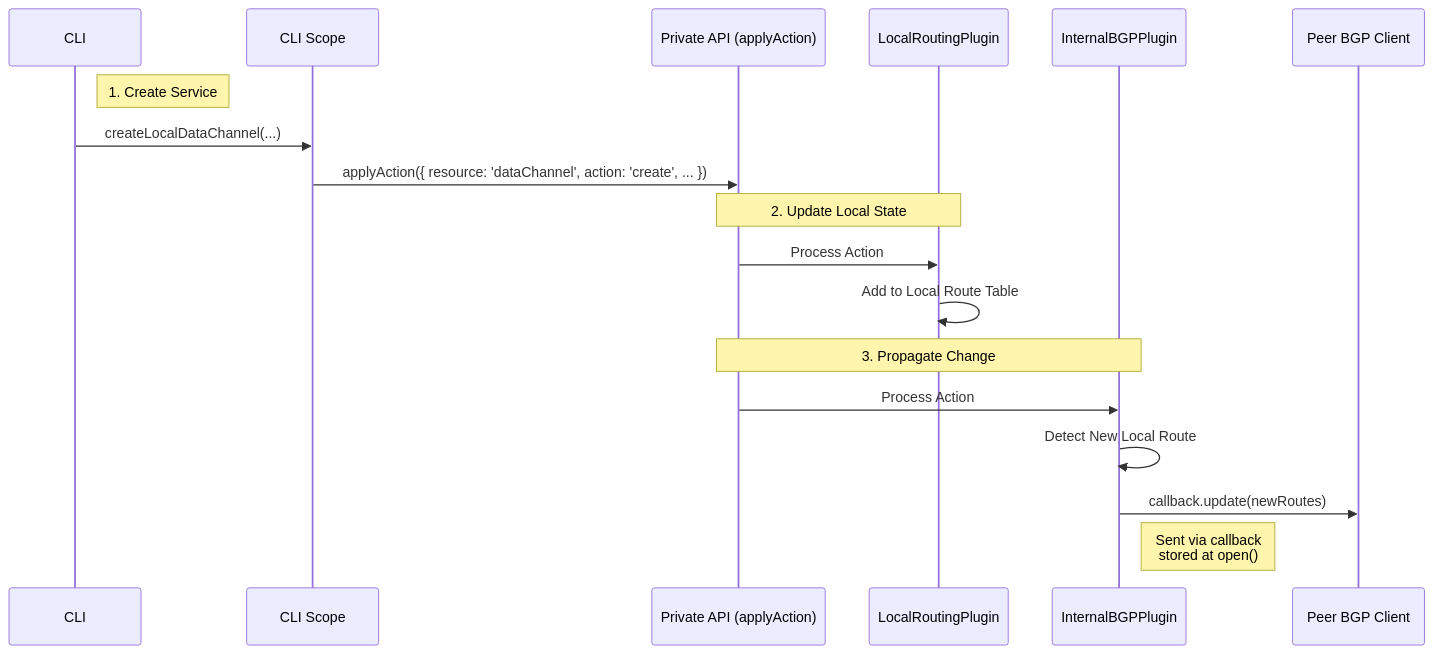
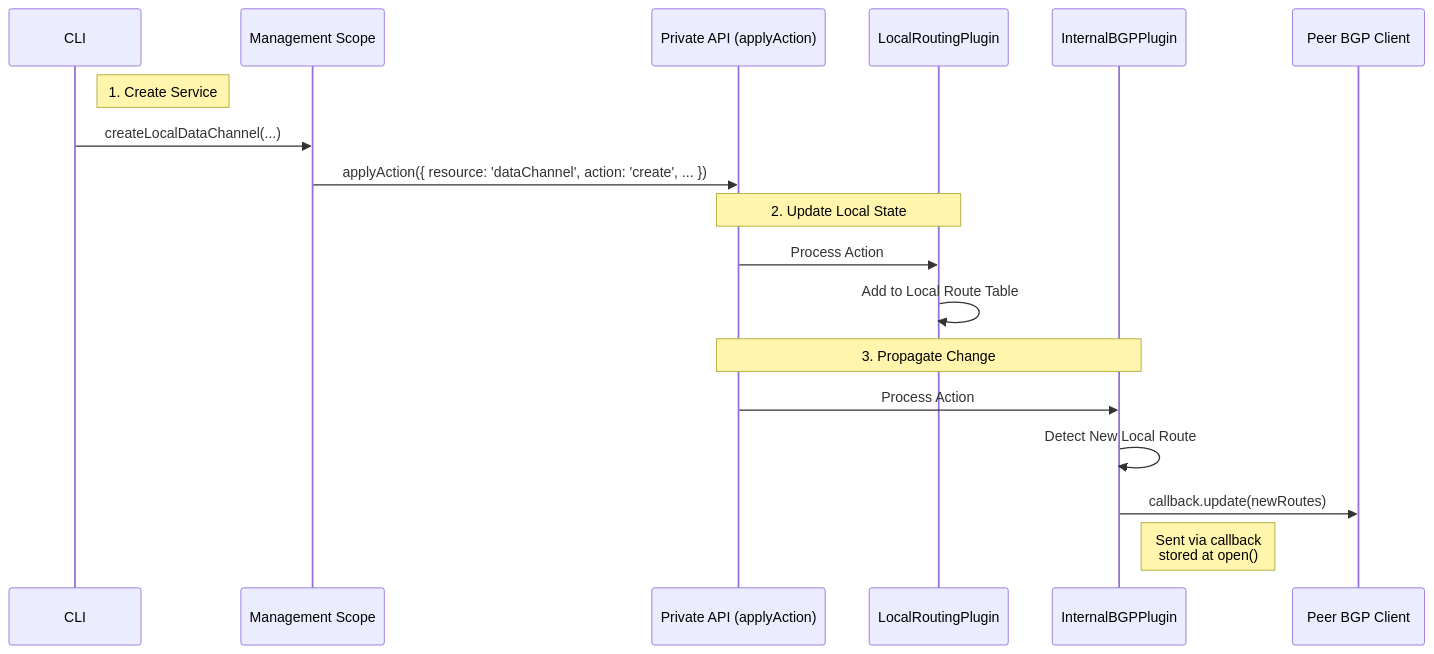
One commit to orbisoperations/catalyst-router changed the fifth of 5 diagrams in packages/orchestrator/README.md. Above: the diagram before and after it, drawn with Mermaid. The commit also changed other lines of this file and 7 other files, not shown here.

Commit message:
fix: rename from cli to management sdk

````diff
--- a/packages/orchestrator/README.md
+++ b/packages/orchestrator/README.md
@@ -258,23 +258,23 @@
 ```mermaid
 sequenceDiagram
     participant CLI
-    participant CLIScope as CLI Scope
+    participant MgmtScope as Management Scope
     participant API as Private API (applyAction)
     participant LocalPlugin as LocalRoutingPlugin
     participant BGPPlugin as InternalBGPPlugin
     participant Peer as Peer BGP Client
 
     Note right of CLI: 1. Create Service
-    CLI->>CLIScope: createLocalDataChannel(...)
-    CLIScope->>API: applyAction({ resource: 'dataChannel', action: 'create', ... })
+    CLI->>MgmtScope: createLocalDataChannel(...)
+    MgmtScope->>API: applyAction({ resource: 'dataChannel', action: 'create', ... })
 
     Note over API, LocalPlugin: 2. Update Local State
     API->>LocalPlugin: Process Action
     LocalPlugin->>LocalPlugin: Add to Local Route Table
     
     Note over API, BGPPlugin: 3. Propagate Change
     API->>BGPPlugin: Process Action
     BGPPlugin->>BGPPlugin: Detect New Local Route
     BGPPlugin->>Peer: callback.update(newRoutes)
     Note right of BGPPlugin: Sent via callback<br/>stored at open()
 ```
````
